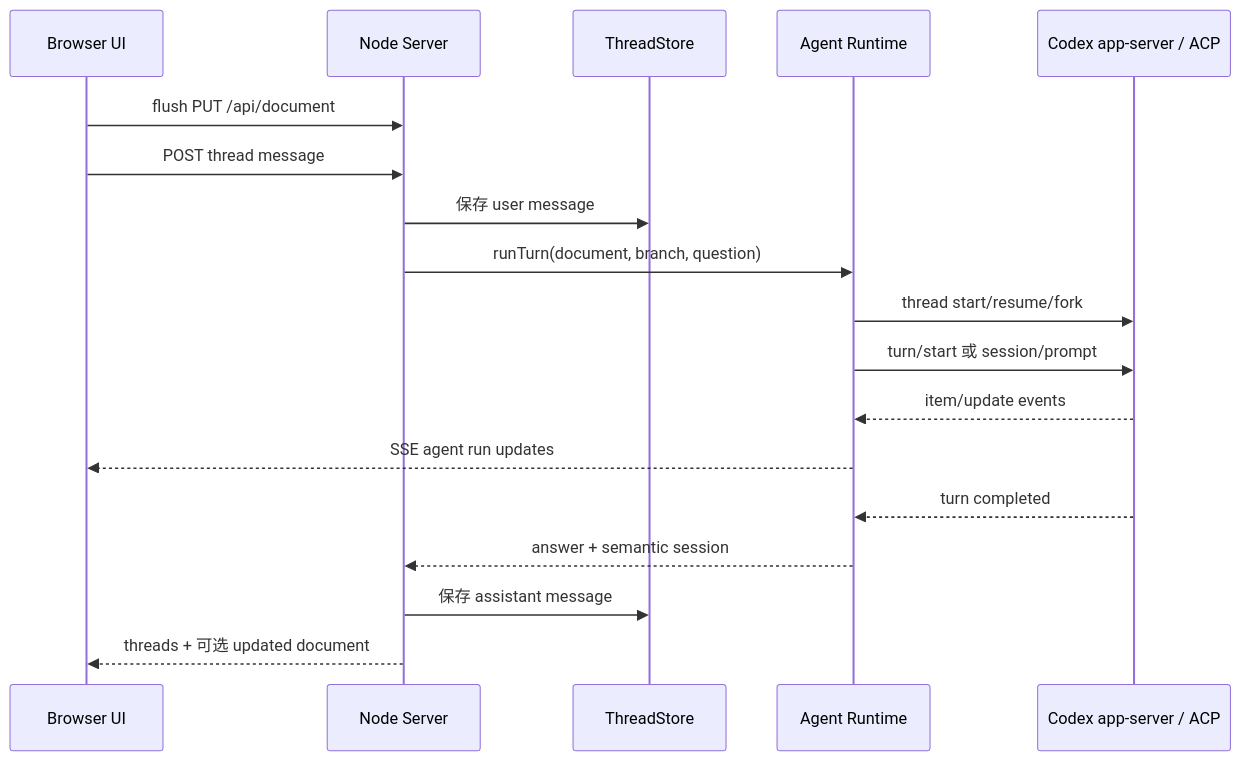
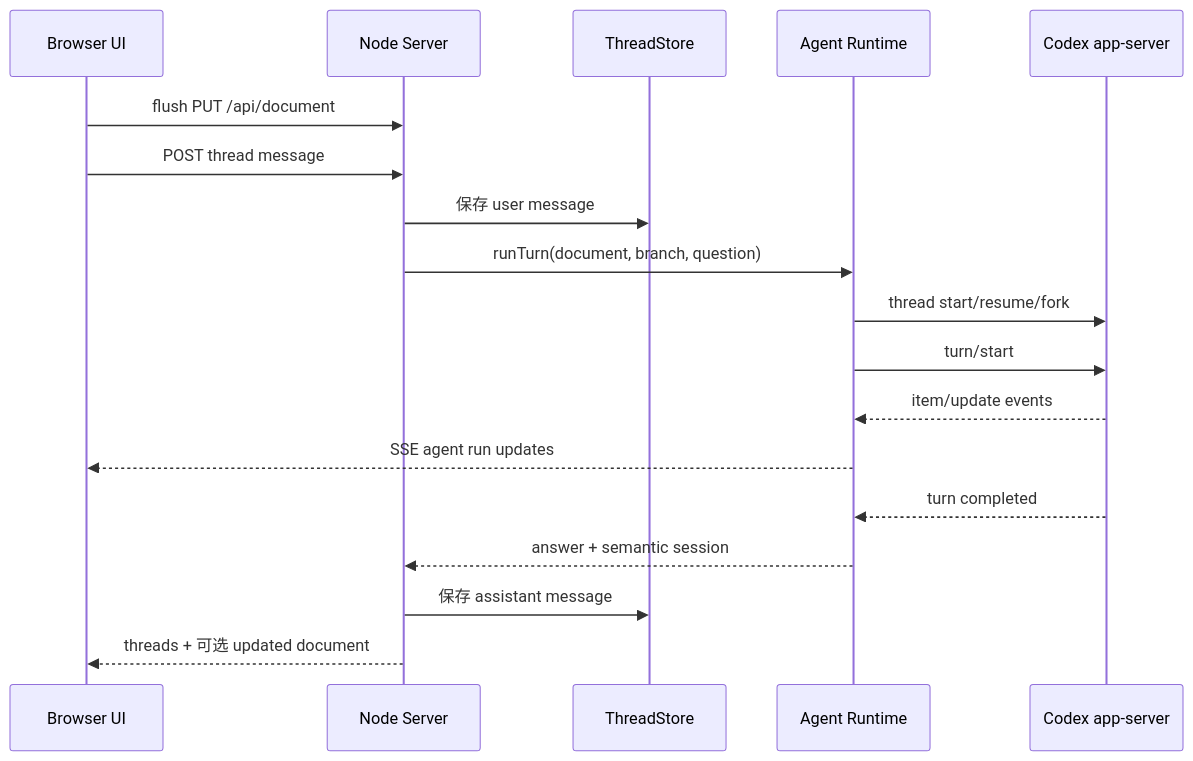
Before and after one commit to GatewayJ/Xuanniao: the second of 2 diagrams in prd.md, drawn with Mermaid. The commit also changed other lines of this file and 26 other files, not shown here.

Commit message:
refactor(agent): remove ACP runtime support

````diff
--- a/prd.md
+++ b/prd.md
@@ -238,21 +237,21 @@
 ```mermaid
 sequenceDiagram
   participant UI as Browser UI
   participant API as Node Server
   participant Store as ThreadStore
   participant Runtime as Agent Runtime
-  participant Codex as Codex app-server / ACP
+  participant Codex as Codex app-server
 
   UI->>API: flush PUT /api/document
   UI->>API: POST thread message
   API->>Store: 保存 user message
   API->>Runtime: runTurn(document, branch, question)
   Runtime->>Codex: thread start/resume/fork
-  Runtime->>Codex: turn/start 或 session/prompt
+  Runtime->>Codex: turn/start
   Codex-->>Runtime: item/update events
   Runtime-->>UI: SSE agent run updates
   Codex-->>Runtime: turn completed
   Runtime-->>API: answer + semantic session
   API->>Store: 保存 assistant message
   API-->>UI: threads + 可选 updated document
 ```
````
